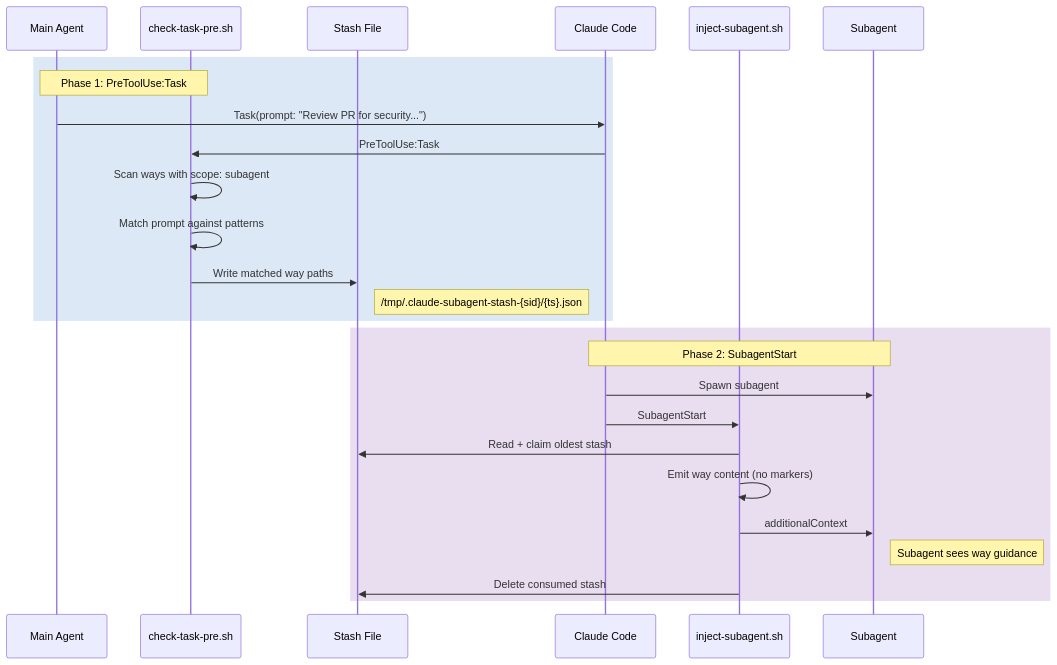
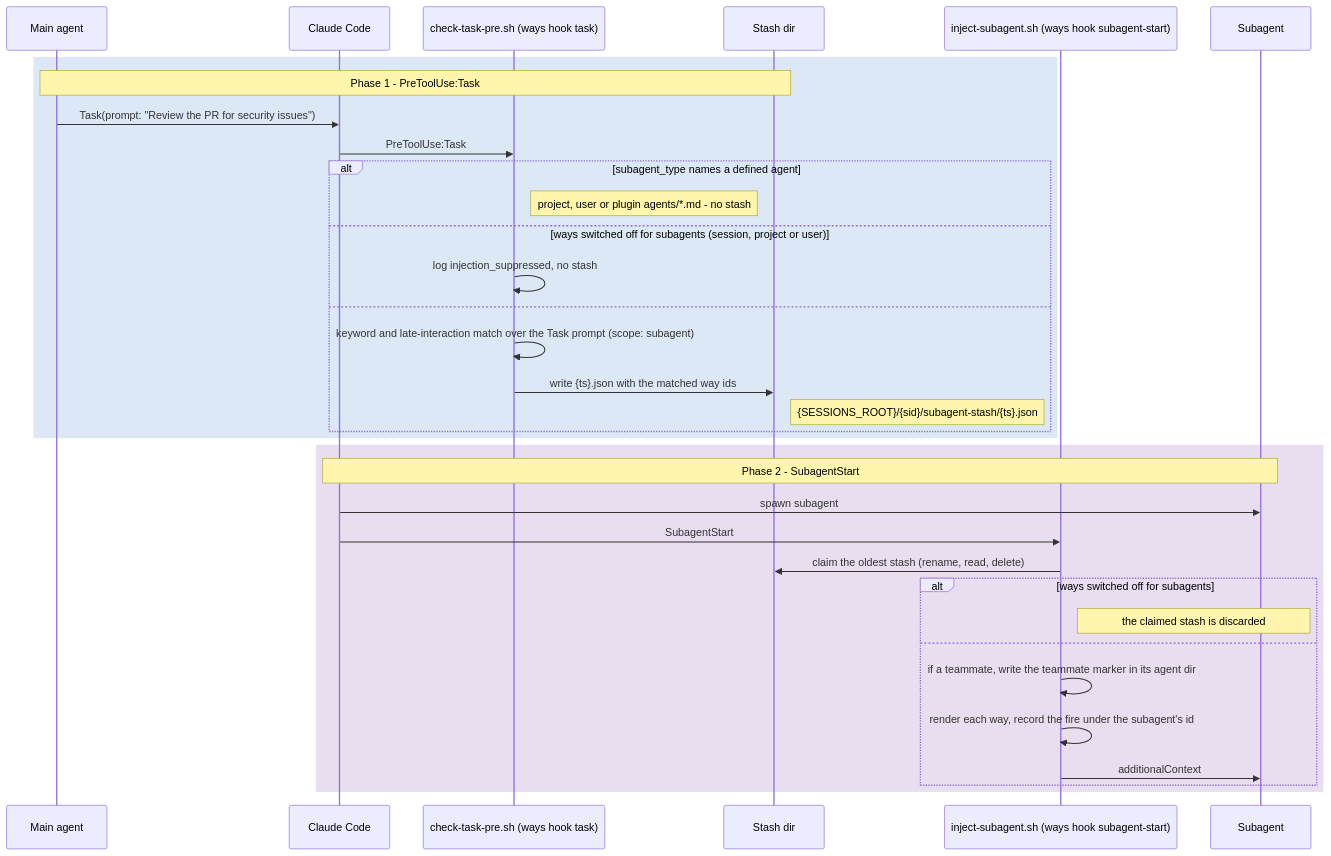
Before and after one commit to aaronsb/agent-ways: the third of 13 diagrams in docs/architecture.md, drawn with Mermaid. The commit also changed other lines of this file and 7 other files, not shown here.

First line of the commit message:
docs(architecture): redraw the ways pipeline for the judge, late-interaction and per-agent state

````diff
--- a/docs/architecture.md
+++ b/docs/architecture.md
@@ -114,30 +186,38 @@
 ```mermaid
 sequenceDiagram
-    participant A as Main Agent
-    participant CT as check-task-pre.sh
-    participant S as Stash File
+    participant A as Main agent
     participant CC as Claude Code
-    participant IS as inject-subagent.sh
+    participant CT as check-task-pre.sh (ways hook task)
+    participant S as Stash dir
+    participant IS as inject-subagent.sh (ways hook subagent-start)
     participant SA as Subagent
 
     rect rgba(21, 101, 192, 0.15)
-        Note over A,CT: Phase 1: PreToolUse:Task
-        A->>CC: Task(prompt: "Review PR for security...")
+        Note over A,S: Phase 1 - PreToolUse:Task
+        A->>CC: Task(prompt: "Review the PR for security issues")
         CC->>CT: PreToolUse:Task
-        CT->>CT: Scan ways with scope: subagent
-        CT->>CT: Match prompt against patterns
-        CT->>S: Write matched way paths
-        Note right of S: /tmp/.claude-subagent-stash-{sid}/{ts}.json
+        alt subagent_type names a defined agent
+            Note right of CT: project, user or plugin agents/*.md - no stash
+        else ways switched off for subagents (session, project or user)
+            CT->>CT: log injection_suppressed, no stash
+        else
+            CT->>CT: keyword and late-interaction match over the Task prompt (scope: subagent)
+            CT->>S: write {ts}.json with the matched way ids
+            Note right of S: {SESSIONS_ROOT}/{sid}/subagent-stash/{ts}.json
+        end
     end
 
     rect rgba(106, 27, 154, 0.15)
-        Note over CC,SA: Phase 2: SubagentStart
-        CC->>SA: Spawn subagent
+        Note over CC,SA: Phase 2 - SubagentStart
+        CC->>SA: spawn subagent
         CC->>IS: SubagentStart
-        IS->>S: Read + claim oldest stash
-        IS->>IS: Emit way content (no markers)
-        IS->>SA: additionalContext
-        Note right of SA: Subagent sees way guidance
-        IS->>S: Delete consumed stash
+        IS->>S: claim the oldest stash (rename, read, delete)
+        alt ways switched off for subagents
+            Note right of IS: the claimed stash is discarded
+        else
+            IS->>IS: if a teammate, write the teammate marker in its agent dir
+            IS->>IS: render each way, record the fire under the subagent's id
+            IS->>SA: additionalContext
+        end
     end
 ```
````
